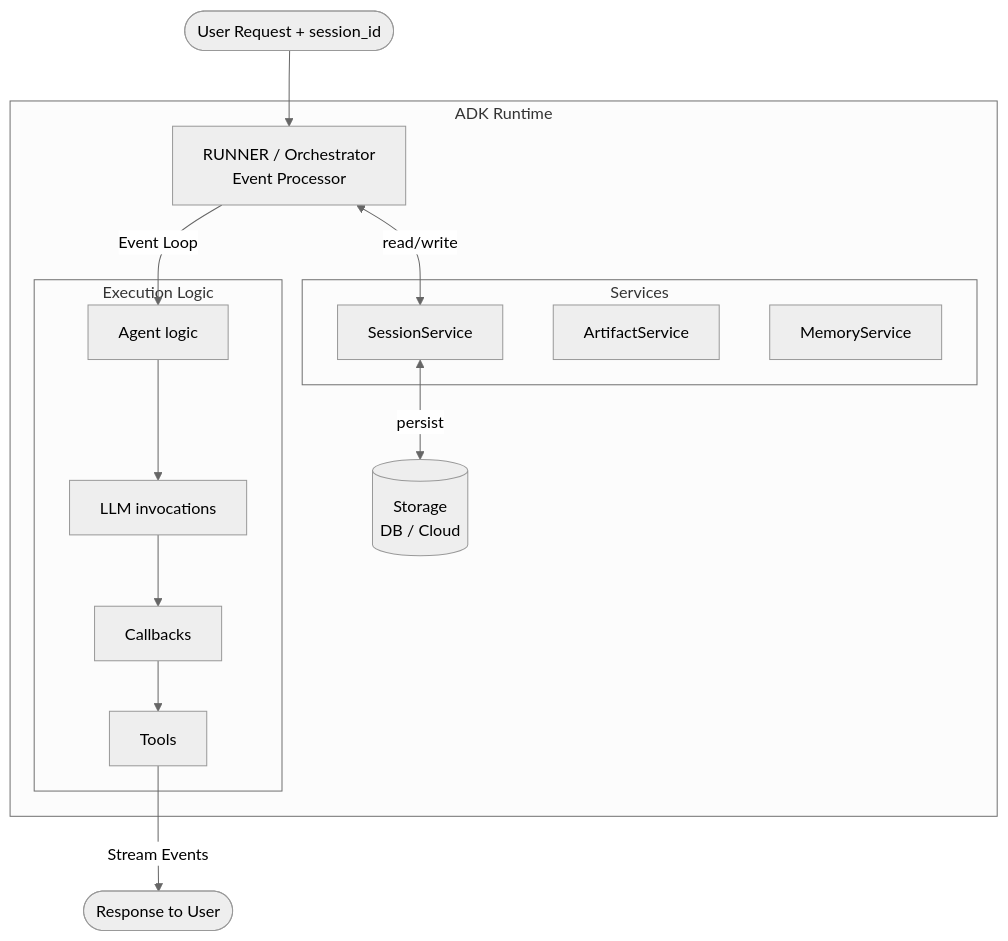
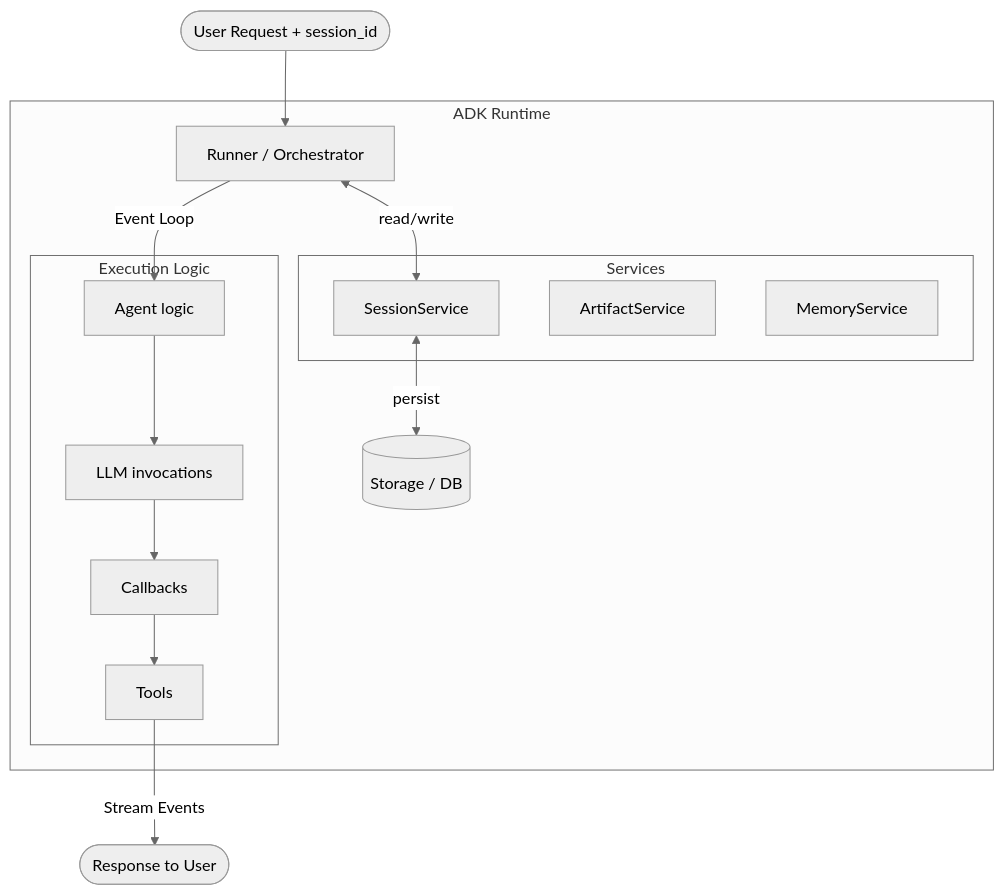
One commit to sac34333/aiharness changed the diagram in docs/guide/google-adk.md. Above: the diagram before and after it, drawn with Mermaid (neutral theme). The commit also changed 1 other file, not shown here.

Commit message:
Fix Mermaid node clipping: shorten labels in KV cache and ADK Runtime diagrams

````diff
--- a/docs/guide/google-adk.md
+++ b/docs/guide/google-adk.md
@@ -46,26 +46,26 @@
 ```mermaid
 graph TD
     U([User Request + session_id]) --> R
 
     subgraph ADK_RUNTIME["ADK Runtime"]
-      R["RUNNER / Orchestrator\nEvent Processor"]
+      R["Runner / Orchestrator"]
       R -->|Event Loop| A
       R <-->|read/write| SS
 
       subgraph EX["Execution Logic"]
         A["Agent logic"] --> L["LLM invocations"]
         L --> C["Callbacks"]
         C --> T["Tools"]
       end
 
       subgraph SVC["Services"]
         SS["SessionService"]
         AS["ArtifactService"]
         MS["MemoryService"]
       end
 
-      SS <-->|persist| DB[("Storage\nDB / Cloud")]
+      SS <-->|persist| DB[("Storage / DB")]
     end
 
     T -->|Stream Events| OUT([Response to User])
 ```
````
